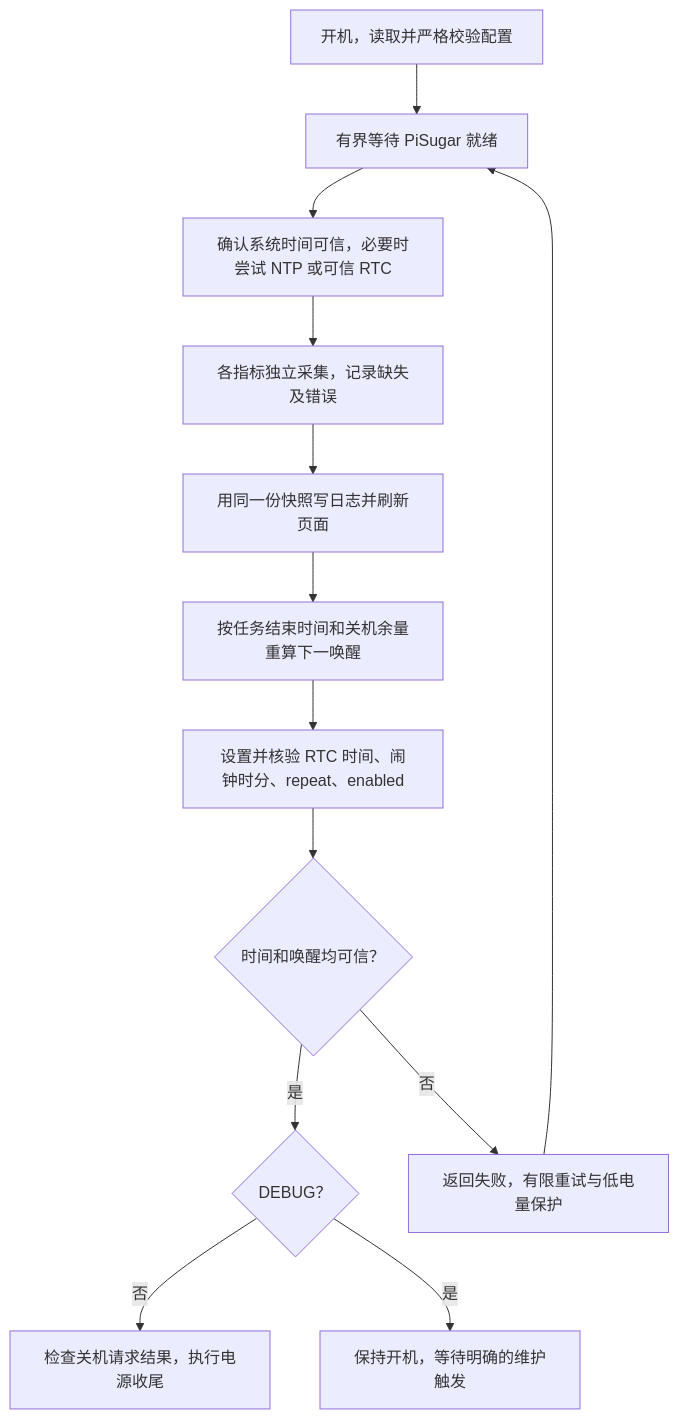
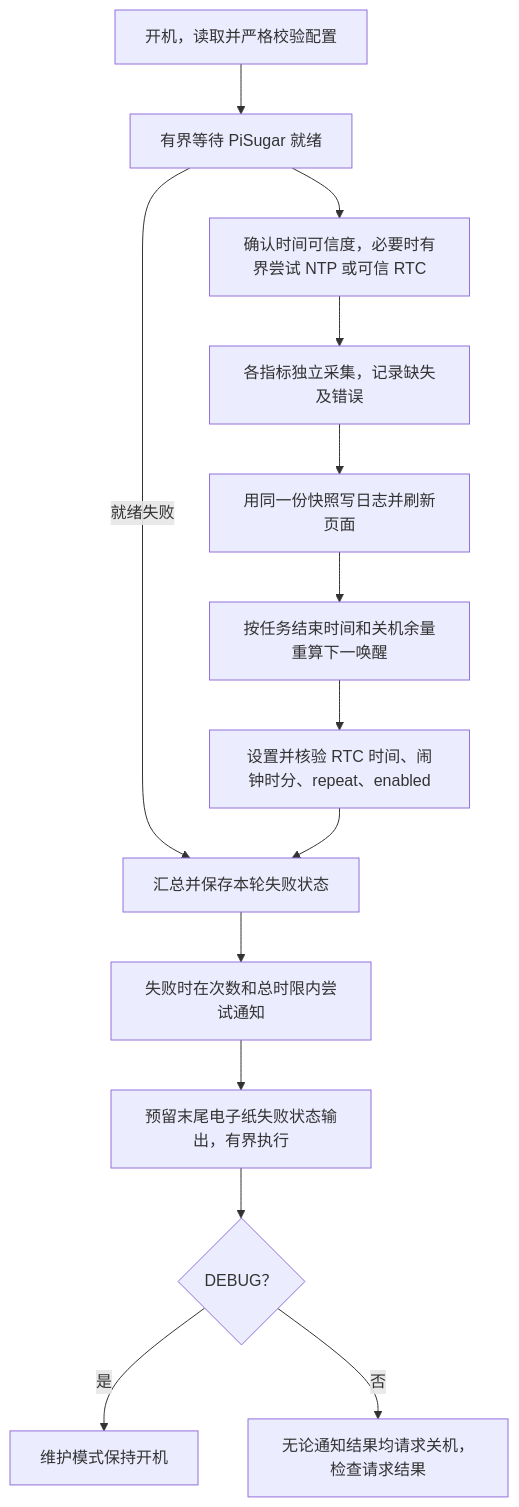
One commit to Lianting-Wang/paperwake changed the diagram in docs/audit-2026-10-22.md. Above: the diagram before and after it, drawn with Mermaid. The commit also changed other lines of this file and 9 other files, not shown here.

````diff
--- a/docs/audit-2026-10-22.md
+++ b/docs/audit-2026-10-22.md
@@ -162,15 +164,16 @@
 ```mermaid
 flowchart TD
     A[开机，读取并严格校验配置] --> B[有界等待 PiSugar 就绪]
-    B --> C[确认系统时间可信，必要时尝试 NTP 或可信 RTC]
+    B --> C[确认时间可信度，必要时有界尝试 NTP 或可信 RTC]
     C --> D[各指标独立采集，记录缺失及错误]
     D --> E[用同一份快照写日志并刷新页面]
     E --> F[按任务结束时间和关机余量重算下一唤醒]
     F --> G[设置并核验 RTC 时间、闹钟时分、repeat、enabled]
-    G --> H{时间和唤醒均可信？}
-    H -->|是| I{DEBUG？}
-    I -->|否| J[检查关机请求结果，执行电源收尾]
-    I -->|是| K[保持开机，等待明确的维护触发]
-    H -->|否| L[返回失败，有限重试与低电量保护]
-    L --> B
+    B -->|就绪失败| H[汇总并保存本轮失败状态]
+    G --> H
+    H --> I[失败时在次数和总时限内尝试通知]
+    I --> J[预留末尾电子纸失败状态输出，有界执行]
+    J --> K{DEBUG？}
+    K -->|是| L[维护模式保持开机]
+    K -->|否| M[无论通知结果均请求关机，检查请求结果]
 ```
````
